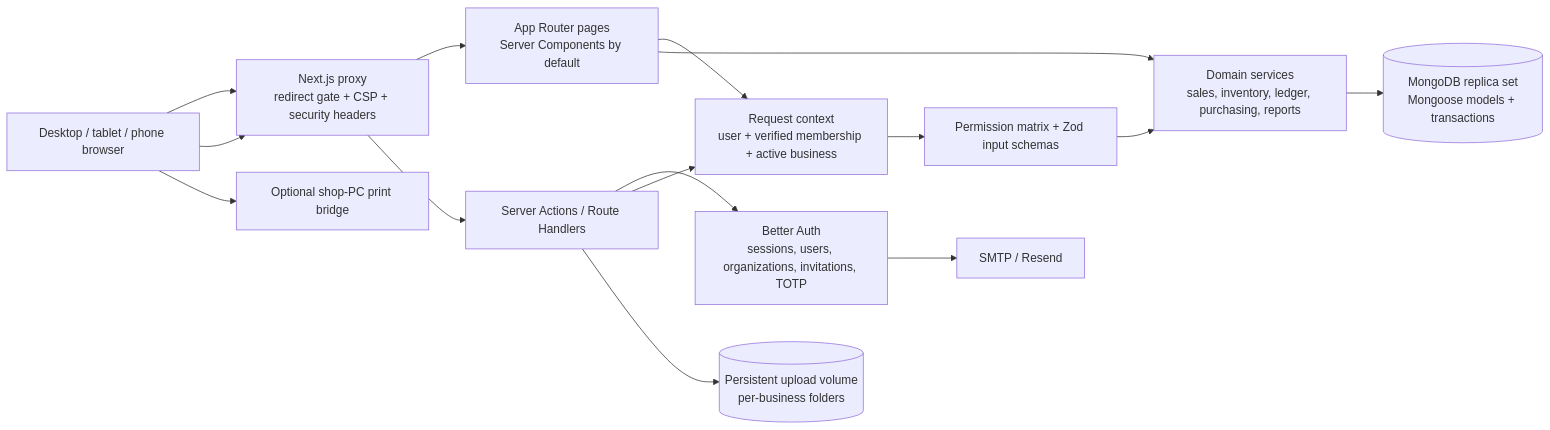
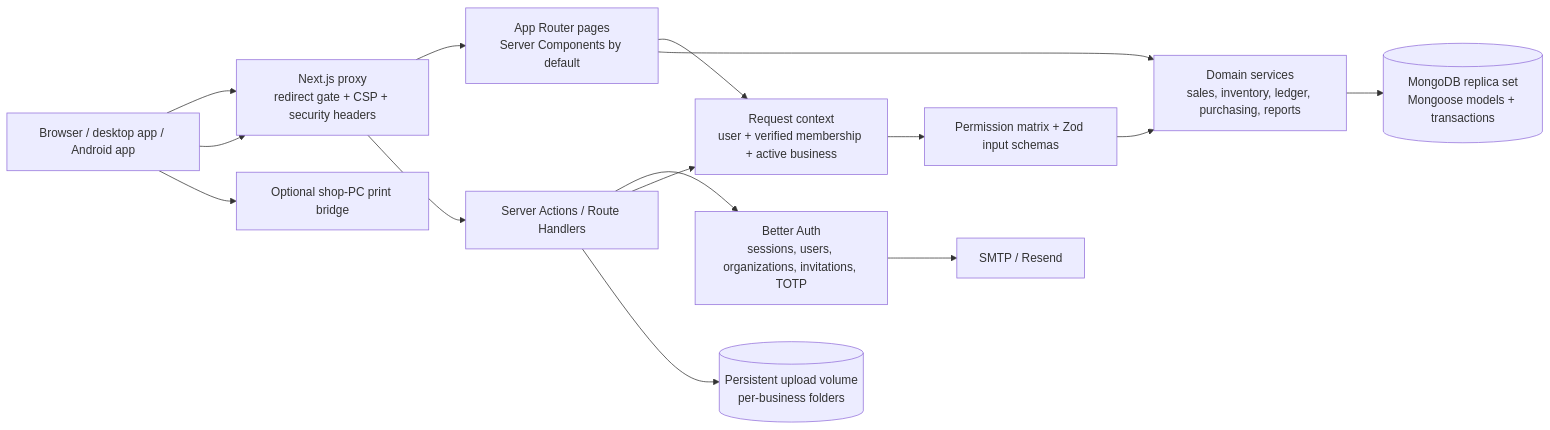
Before and after one commit to Sparsh-bit/Galla: the diagram in ARCHITECTURE.md, drawn with Mermaid. The commit also changed other lines of this file and 5 other files, not shown here.

````diff
--- a/ARCHITECTURE.md
+++ b/ARCHITECTURE.md
@@ -9,26 +9,26 @@
 ```mermaid
 flowchart LR
-  Browser[Desktop / tablet / phone browser]
+  Browser[Browser / desktop app / Android app]
   Proxy[Next.js proxy\nredirect gate + CSP + security headers]
   Pages[App Router pages\nServer Components by default]
   Actions[Server Actions / Route Handlers]
   Auth[Better Auth\nsessions, users, organizations, invitations, TOTP]
   Context[Request context\nuser + verified membership + active business]
   Policy[Permission matrix + Zod input schemas]
   Services[Domain services\nsales, inventory, ledger, purchasing, reports]
   Mongo[(MongoDB replica set\nMongoose models + transactions)]
   Files[(Persistent upload volume\nper-business folders)]
   Mail[SMTP / Resend]
   Bridge[Optional shop-PC print bridge]
 
   Browser --> Proxy --> Pages
   Browser --> Proxy --> Actions
   Pages --> Context
   Actions --> Auth
   Actions --> Context --> Policy --> Services
   Pages --> Services
   Services --> Mongo
   Actions --> Files
   Auth --> Mail
   Browser --> Bridge
 ```
````
